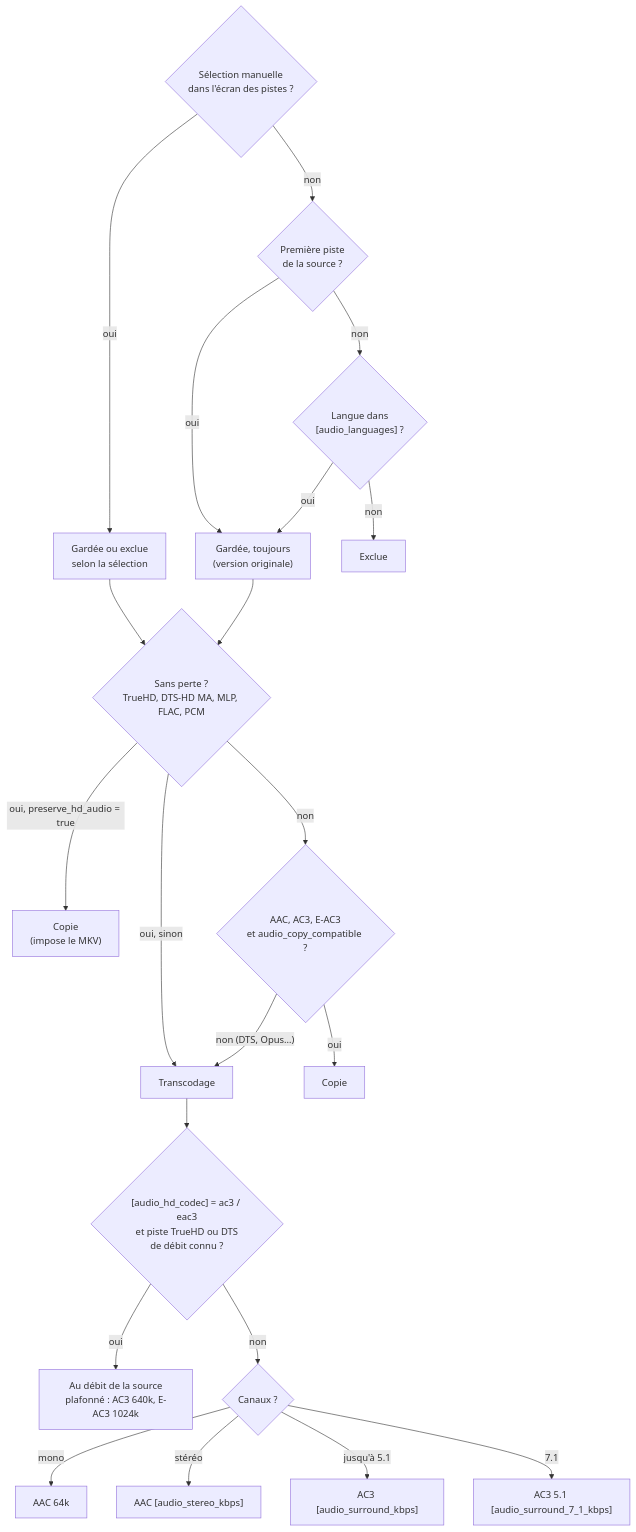
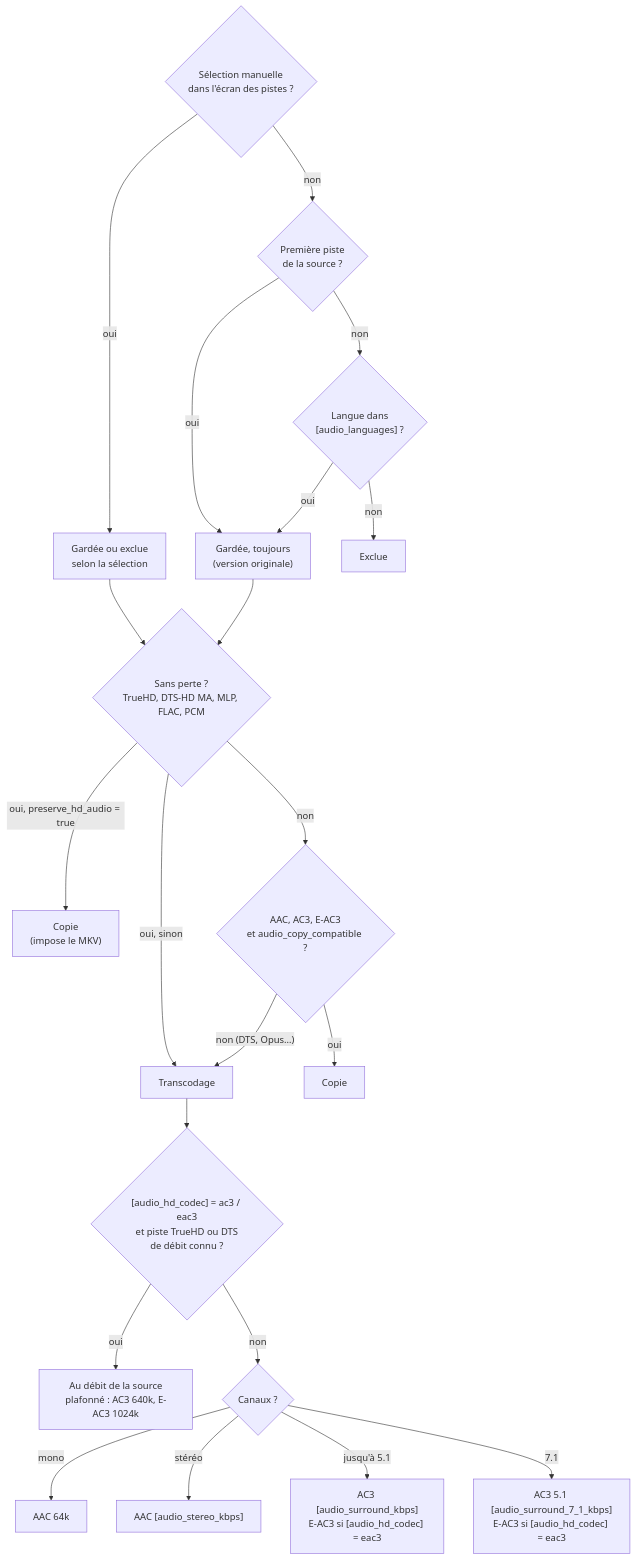
The fourth of 6 diagrams in README.fr.md (opegon/IRIS_Encode), drawn with Mermaid before and after one commit. The commit also changed other lines of this file and 26 other files, not shown here.

````diff
--- a/README.fr.md
+++ b/README.fr.md
@@ -145,24 +145,24 @@
 ```mermaid
 flowchart TD
     A0{"Sélection manuelle<br/>dans l'écran des pistes ?"}
     A0 -->|oui| A1["Gardée ou exclue<br/>selon la sélection"]
     A0 -->|non| A2{"Première piste<br/>de la source ?"}
     A2 -->|oui| A3["Gardée, toujours<br/>(version originale)"]
     A2 -->|non| A4{"Langue dans<br/>[audio_languages] ?"}
     A4 -->|non| AX["Exclue"]
     A4 -->|oui| A3
     A1 --> B0
     A3 --> B0{"Sans perte ?<br/>TrueHD, DTS-HD MA, MLP, FLAC, PCM"}
     B0 -->|"oui, preserve_hd_audio = true"| CP1["Copie<br/>(impose le MKV)"]
     B0 -->|"oui, sinon"| TR["Transcodage"]
     B0 -->|non| B1{"AAC, AC3, E-AC3<br/>et audio_copy_compatible ?"}
     B1 -->|oui| CP2["Copie"]
     B1 -->|"non (DTS, Opus…)"| TR
     TR --> T0{"[audio_hd_codec] = ac3 / eac3<br/>et piste TrueHD ou DTS<br/>de débit connu ?"}
     T0 -->|oui| T1["Au débit de la source<br/>plafonné : AC3 640k, E-AC3 1024k"]
     T0 -->|non| T2{"Canaux ?"}
     T2 -->|mono| T3["AAC 64k"]
     T2 -->|stéréo| T4["AAC [audio_stereo_kbps]"]
-    T2 -->|"jusqu'à 5.1"| T5["AC3 [audio_surround_kbps]"]
-    T2 -->|7.1| T6["AC3 5.1 [audio_surround_7_1_kbps]"]
+    T2 -->|"jusqu'à 5.1"| T5["AC3 [audio_surround_kbps]<br/>E-AC3 si [audio_hd_codec] = eac3"]
+    T2 -->|7.1| T6["AC3 5.1 [audio_surround_7_1_kbps]<br/>E-AC3 si [audio_hd_codec] = eac3"]
 ```
````
